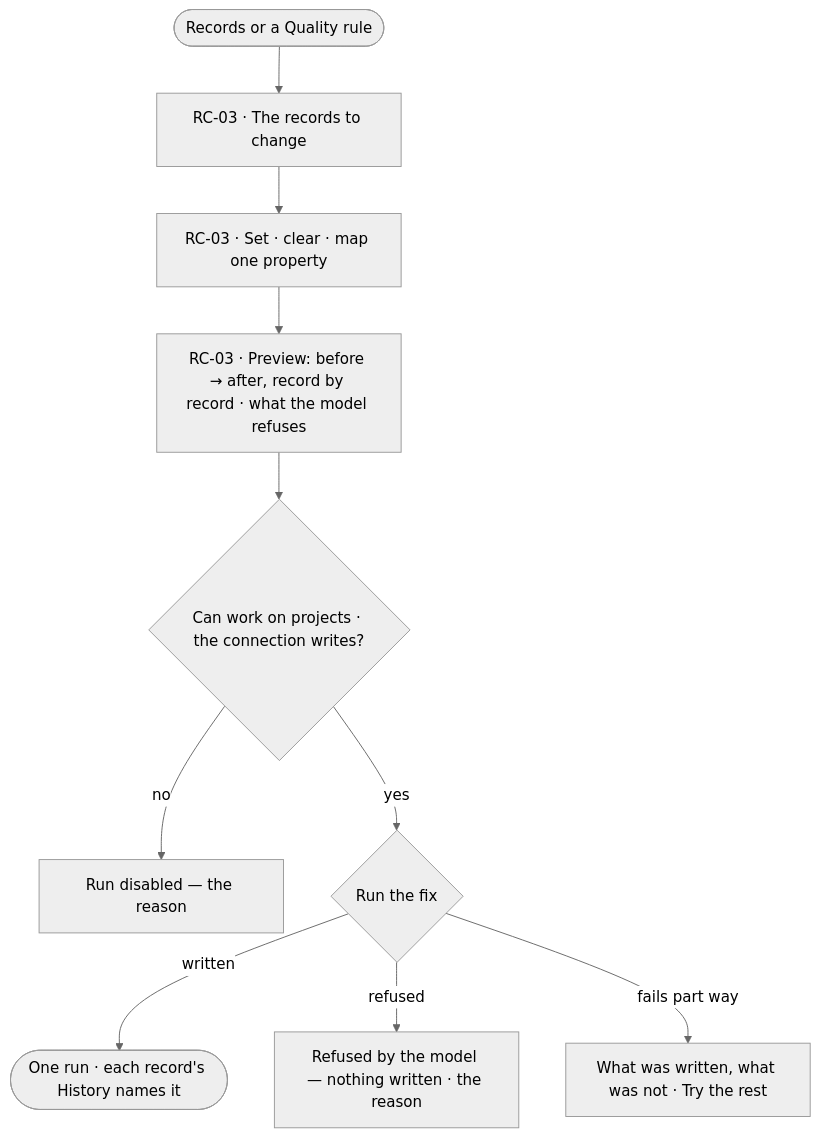
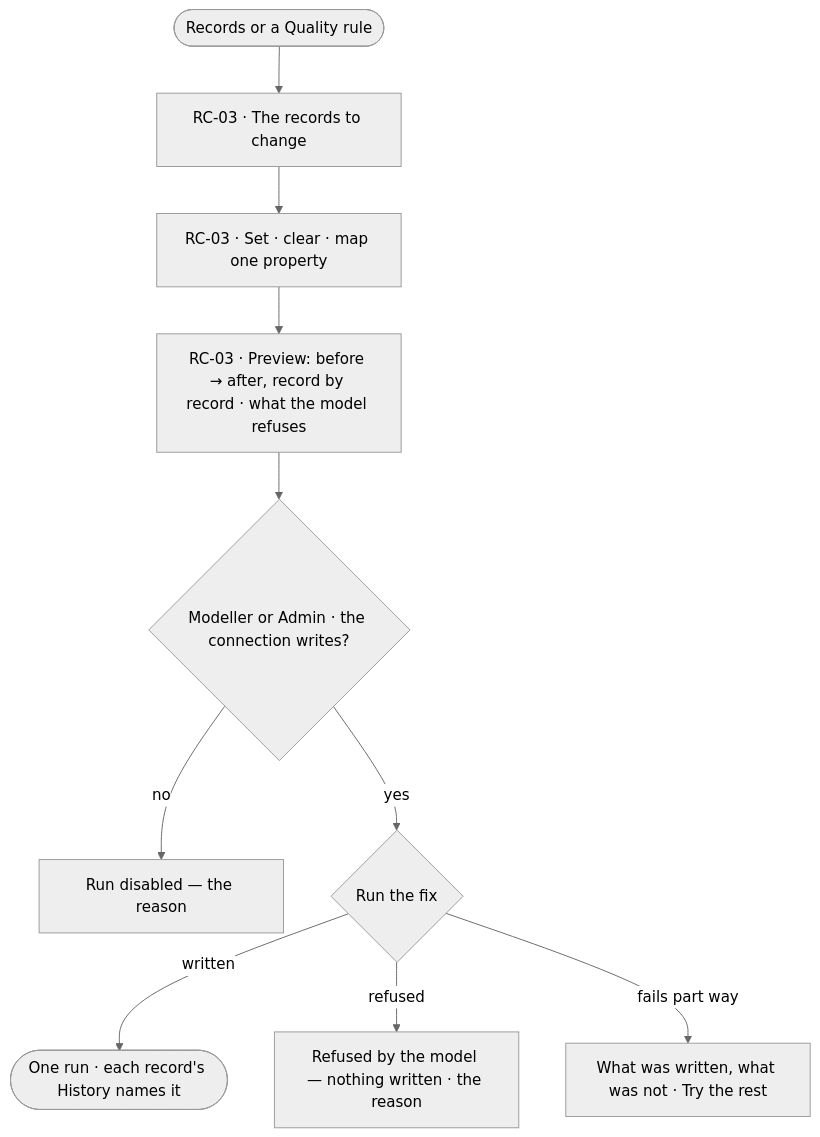
Before and after one commit to invana/invana: the diagram in specs/capabilities/records/features/RC-F04-bulk-fixes/feature.md, drawn with Mermaid (neutral theme). The commit also changed other lines of this file and 300 other files, not shown here.

````diff
--- a/specs/capabilities/records/features/RC-F04-bulk-fixes/feature.md
+++ b/specs/capabilities/records/features/RC-F04-bulk-fixes/feature.md
@@ -21,12 +21,12 @@
 ```mermaid
 flowchart TD
   start([Records or a Quality rule]) --> sel["RC-03 · The records to change"]
   sel --> ch["RC-03 · Set · clear · map one property"]
   ch --> pv["RC-03 · Preview: before → after, record by record · what the model refuses"]
-  pv --> g{Can work on projects · the connection writes?}
+  pv --> g{Modeller or Admin · the connection writes?}
   g -->|no| na["Run disabled — the reason"]
   g -->|yes| run{"Run the fix"}
   run -->|written| done(["One run · each record's History names it"])
   run -->|refused| rf["Refused by the model — nothing written · the reason"]
   run -->|fails part way| pf["What was written, what was not · Try the rest"]
 ```
````
